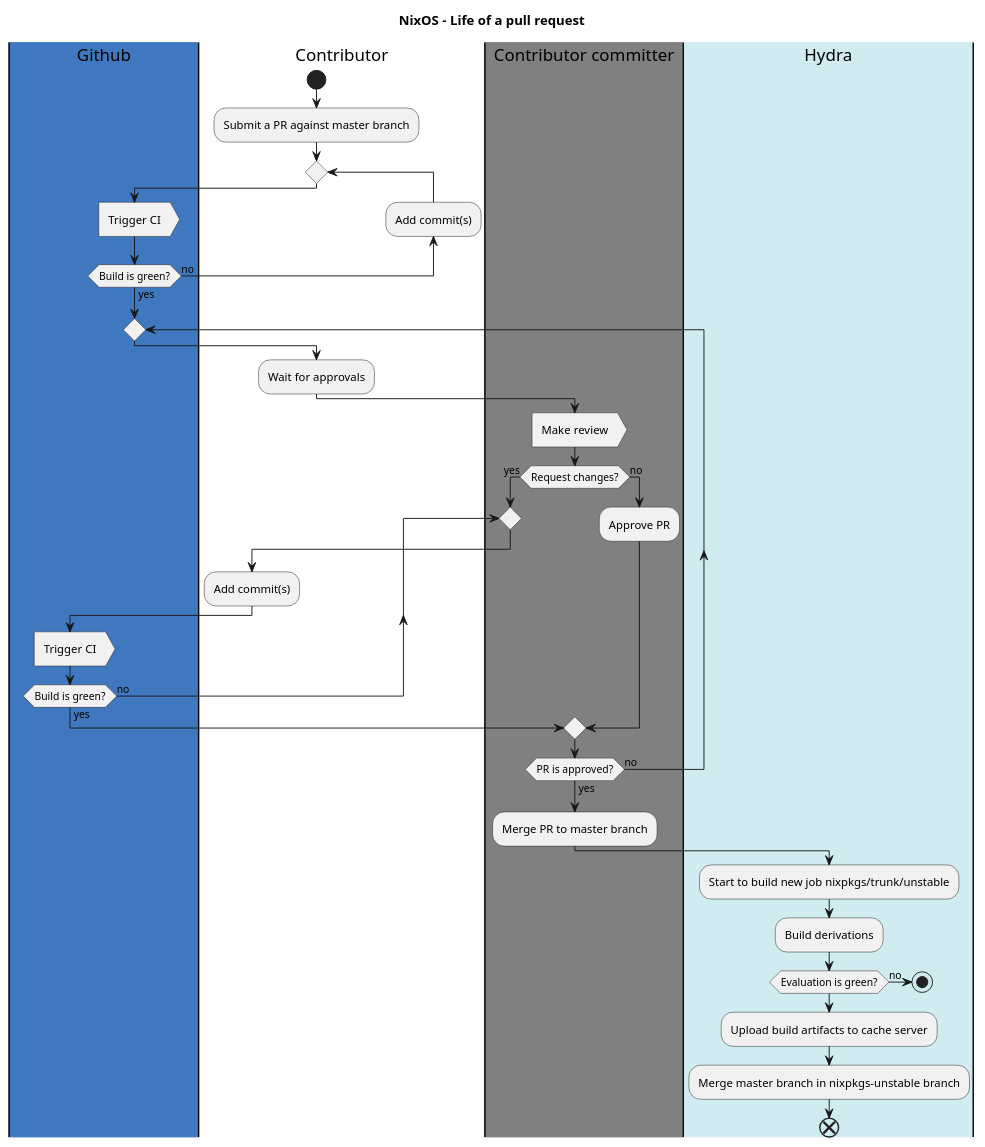
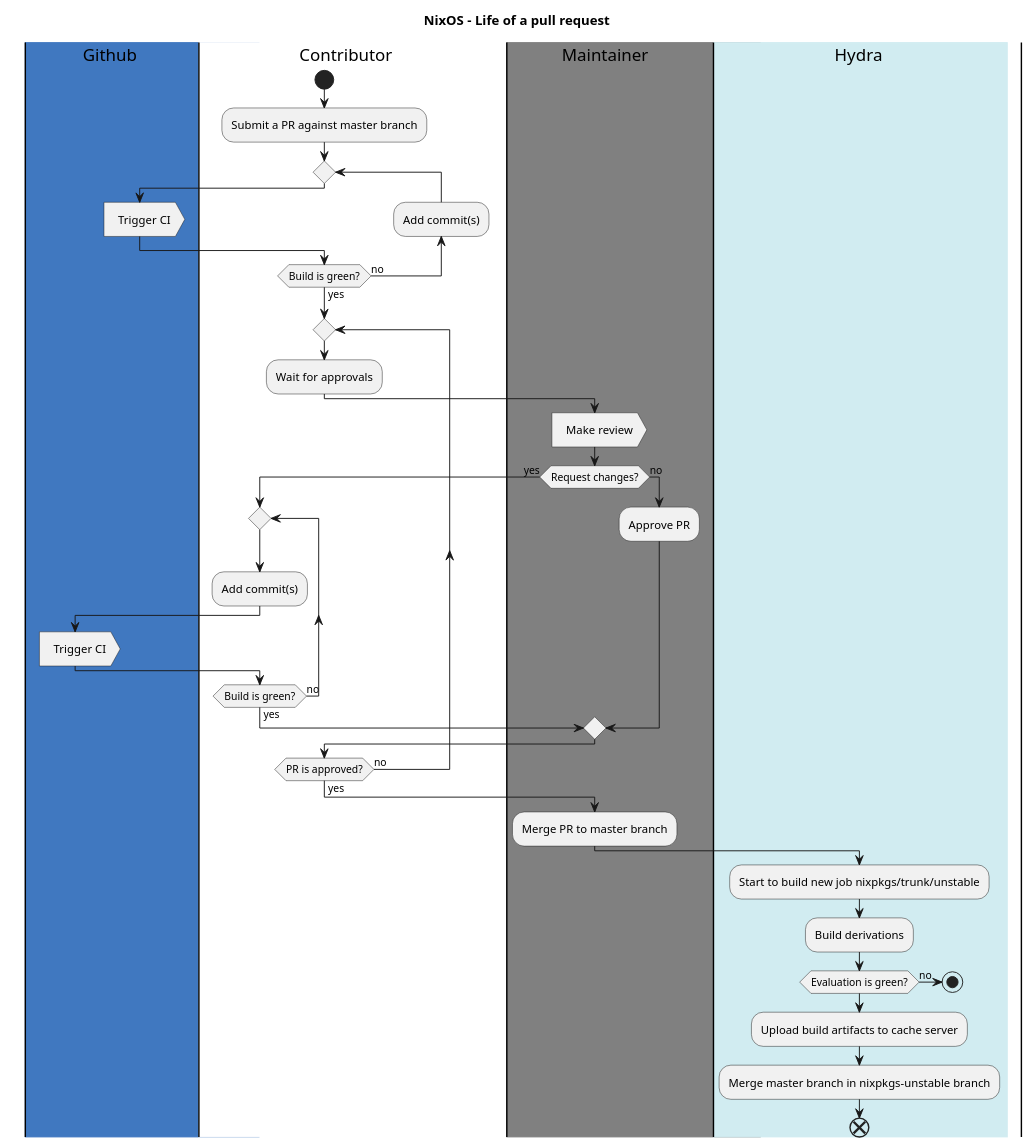
One commit to drupol/nixos-processes changed the diagram in src/life-of-a-pr.plantuml. Above: the diagram before and after it, drawn with PlantUML. The commit also changed 1 other file, not shown here.

Commit message:
Update "Life of a PR" UML.

```diff
--- a/src/life-of-a-pr.plantuml
+++ b/src/life-of-a-pr.plantuml
@@ -1,53 +1,59 @@
 @startuml Nixos - Life of a pull request
+skinparam defaultTextAlignment center
+skinparam swimlaneWidth same
+skinparam linetype polyline
+skinparam linetype ortho
 
 title NixOS - Life of a pull request
 
 |#4078c0|Github|
 |#white|Contributor|
-|#grey|Contributor committer|
+|#grey|Maintainer|
 |#d1ecf1|Hydra|
 
 |Contributor|
 start
   :Submit a PR against master branch;
 
   repeat
     backward :Add commit(s);
     |Github|
     :Trigger CI>
+    |Contributor|
   repeat while (Build is green?) is (no) not (yes)
 
   repeat
-    |Contributor|
     :Wait for approvals;
 
-    |Contributor committer|
+    |Maintainer|
     :Make review>
     if (Request changes?) then (yes)
+      |Contributor|
       repeat
-        |Contributor|
         :Add commit(s);
         |Github|
         :Trigger CI>
+        |Contributor|
       repeat while (Build is green?) is (no) not (yes)
     else (no)
-      |Contributor committer|
+      |Maintainer|
       :Approve PR;
     endif
+    |Contributor|
   repeat while (PR is approved?) is (no) not (yes)
 
-  |Contributor committer|
+  |Maintainer|
   :Merge PR to master branch;
 
   |Hydra|
   :Start to build new job nixpkgs/trunk/unstable;
   :Build derivations;
 
   if (Evaluation is green?) is (no) then
   stop
   endif
 
   :Upload build artifacts to cache server;
   :Merge master branch in nixpkgs-unstable branch;
 end
 @enduml
```
